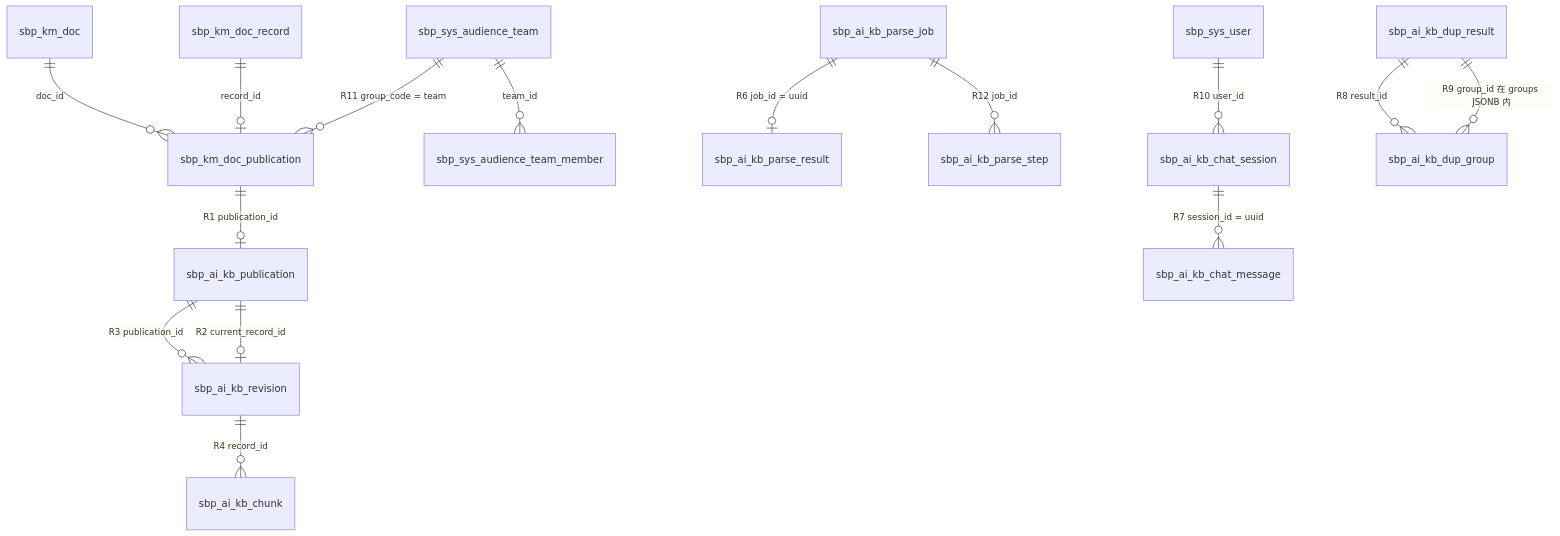
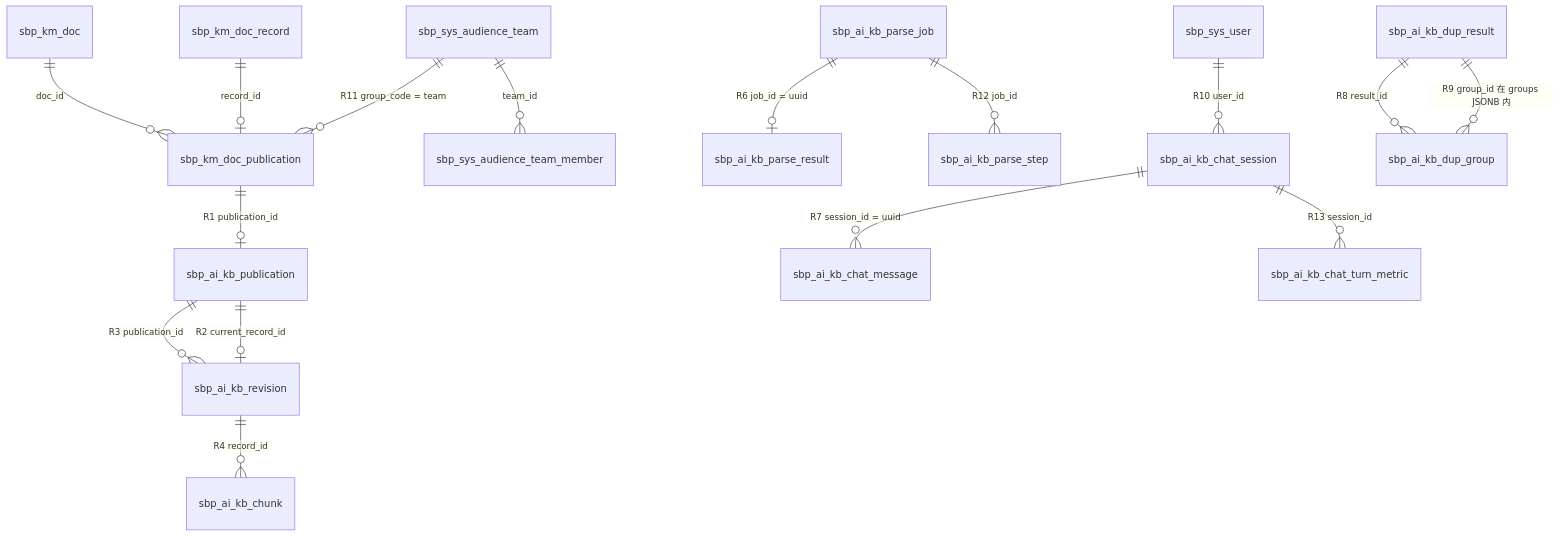
One commit to pmozx/destlive.yidatec.azbrainagentservice changed the diagram in 00-document/05-服务大脑AI项目功能模块说明文档/03-知识平台/02-数据模型与表关系.md. Above: the diagram before and after it, drawn with Mermaid. The commit also changed other lines of this file and 233 other files, not shown here.

````diff
--- a/00-document/05-服务大脑AI项目功能模块说明文档/03-知识平台/02-数据模型与表关系.md
+++ b/00-document/05-服务大脑AI项目功能模块说明文档/03-知识平台/02-数据模型与表关系.md
@@ -51,17 +54,18 @@
 ```mermaid
 erDiagram
     sbp_km_doc ||--o{ sbp_km_doc_publication : "doc_id"
     sbp_km_doc_record ||--o| sbp_km_doc_publication : "record_id"
     sbp_sys_audience_team ||--o{ sbp_sys_audience_team_member : "team_id"
     sbp_sys_audience_team ||--o{ sbp_km_doc_publication : "R11 group_code = team"
     sbp_km_doc_publication ||--o| sbp_ai_kb_publication : "R1 publication_id"
     sbp_ai_kb_publication ||--o{ sbp_ai_kb_revision : "R3 publication_id"
     sbp_ai_kb_publication ||--o| sbp_ai_kb_revision : "R2 current_record_id"
     sbp_ai_kb_revision ||--o{ sbp_ai_kb_chunk : "R4 record_id"
     sbp_ai_kb_parse_job ||--o| sbp_ai_kb_parse_result : "R6 job_id = uuid"
     sbp_ai_kb_parse_job ||--o{ sbp_ai_kb_parse_step : "R12 job_id"
     sbp_ai_kb_chat_session ||--o{ sbp_ai_kb_chat_message : "R7 session_id = uuid"
+    sbp_ai_kb_chat_session ||--o{ sbp_ai_kb_chat_turn_metric : "R13 session_id"
     sbp_ai_kb_dup_result ||--o{ sbp_ai_kb_dup_group : "R8 result_id"
     sbp_ai_kb_dup_result ||--o{ sbp_ai_kb_dup_group : "R9 group_id 在 groups JSONB 内"
     sbp_sys_user ||--o{ sbp_ai_kb_chat_session : "R10 user_id"
 ```
````
